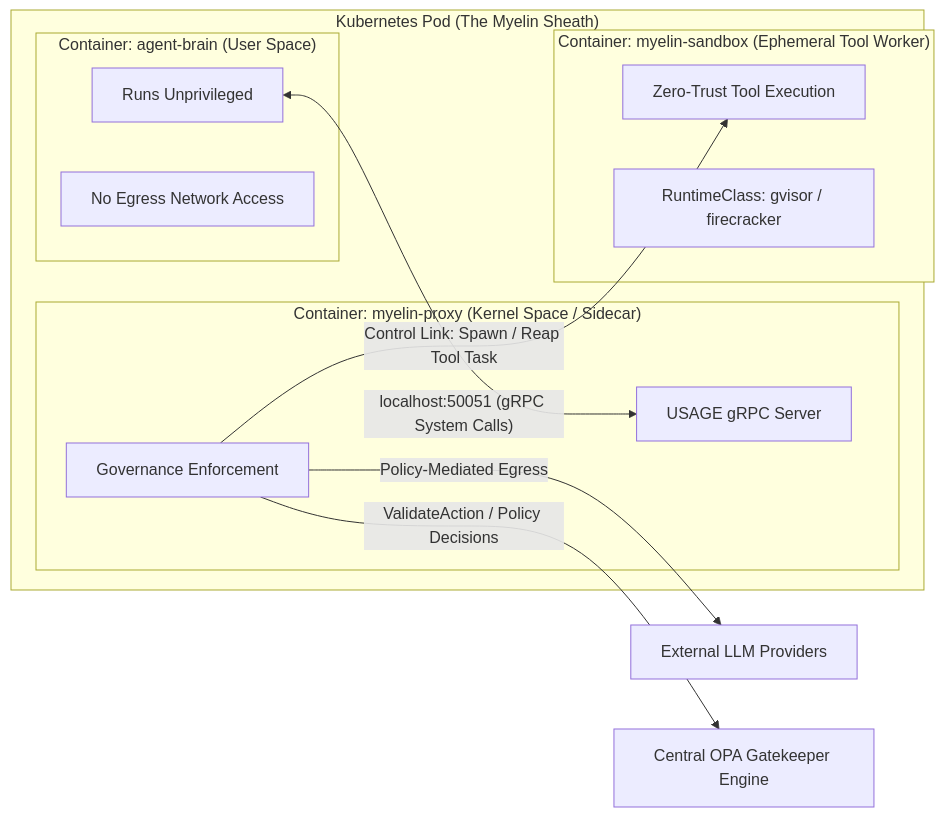
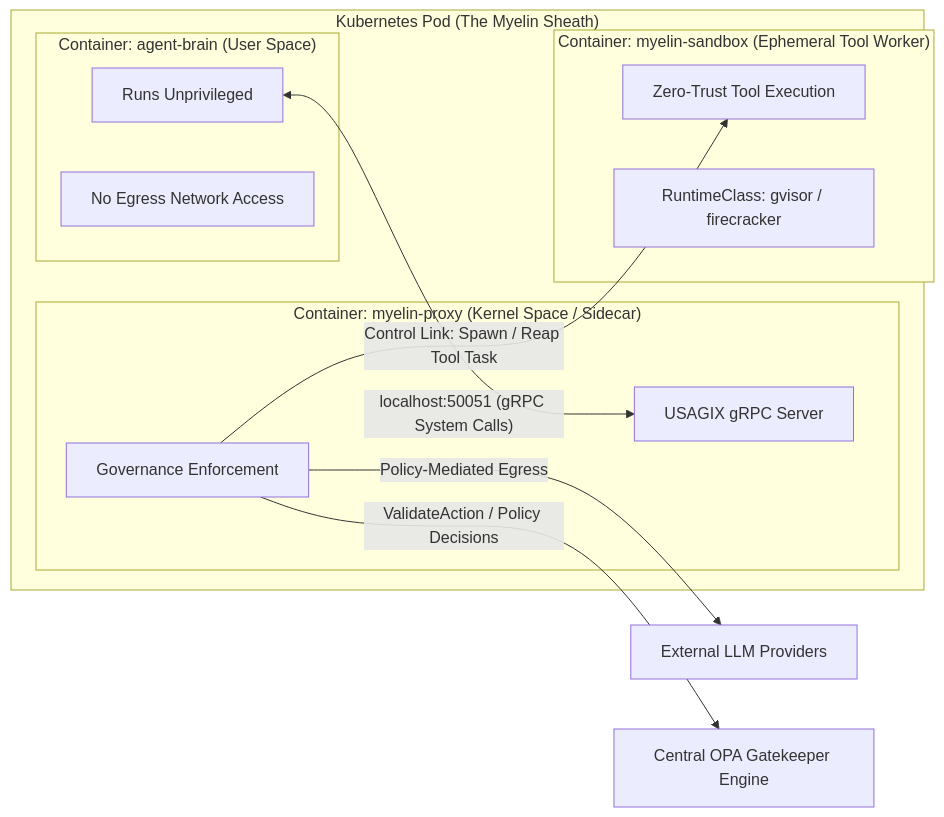
The second of 4 diagrams in README.md (shivashankartummala/usage-spec), drawn with Mermaid before and after one commit. The commit also changed other lines of this file and 30 other files, not shown here.

First line of the commit message:
refactor: comprehensive USAGE → USAGIX protocol rebrand with Mantle ecosystem integration

````diff
--- a/README.md
+++ b/README.md
@@ -522,28 +523,28 @@
 ```mermaid
 graph LR
   subgraph POD["Kubernetes Pod (The Myelin Sheath)"]
     subgraph AB["Container: agent-brain (User Space)"]
       AB1["Runs Unprivileged"]
       AB2["No Egress Network Access"]
     end
 
     subgraph MP["Container: myelin-proxy (Kernel Space / Sidecar)"]
-      MP1["USAGE gRPC Server"]
+      MP1["USAGIX gRPC Server"]
       MP2["Governance Enforcement"]
     end
 
     subgraph SB["Container: myelin-sandbox (Ephemeral Tool Worker)"]
       SB1["Zero-Trust Tool Execution"]
       SB2["RuntimeClass: gvisor / firecracker"]
     end
 
     AB1 <--> |"localhost:50051 (gRPC System Calls)"| MP1
     MP2 -->|"Control Link: Spawn / Reap Tool Task"| SB1
   end
 
   LLM["External LLM Providers"]
   OPA["Central OPA Gatekeeper Engine"]
 
   MP2 -->|"Policy-Mediated Egress"| LLM
   MP2 -->|"ValidateAction / Policy Decisions"| OPA
 ```
````
